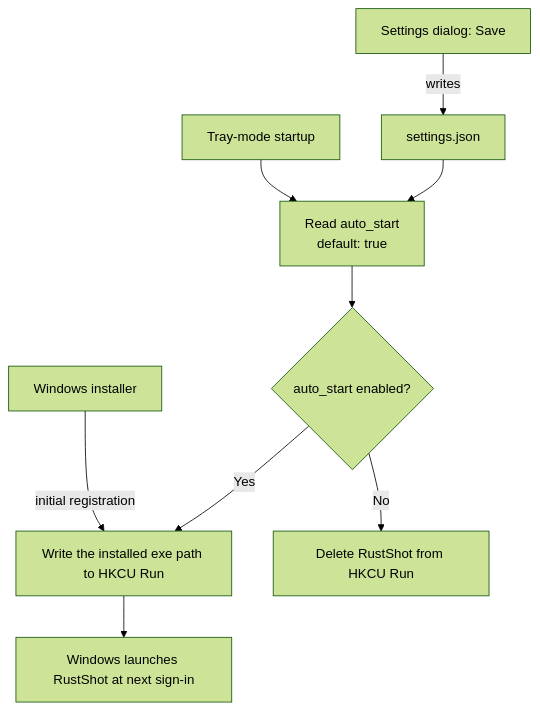
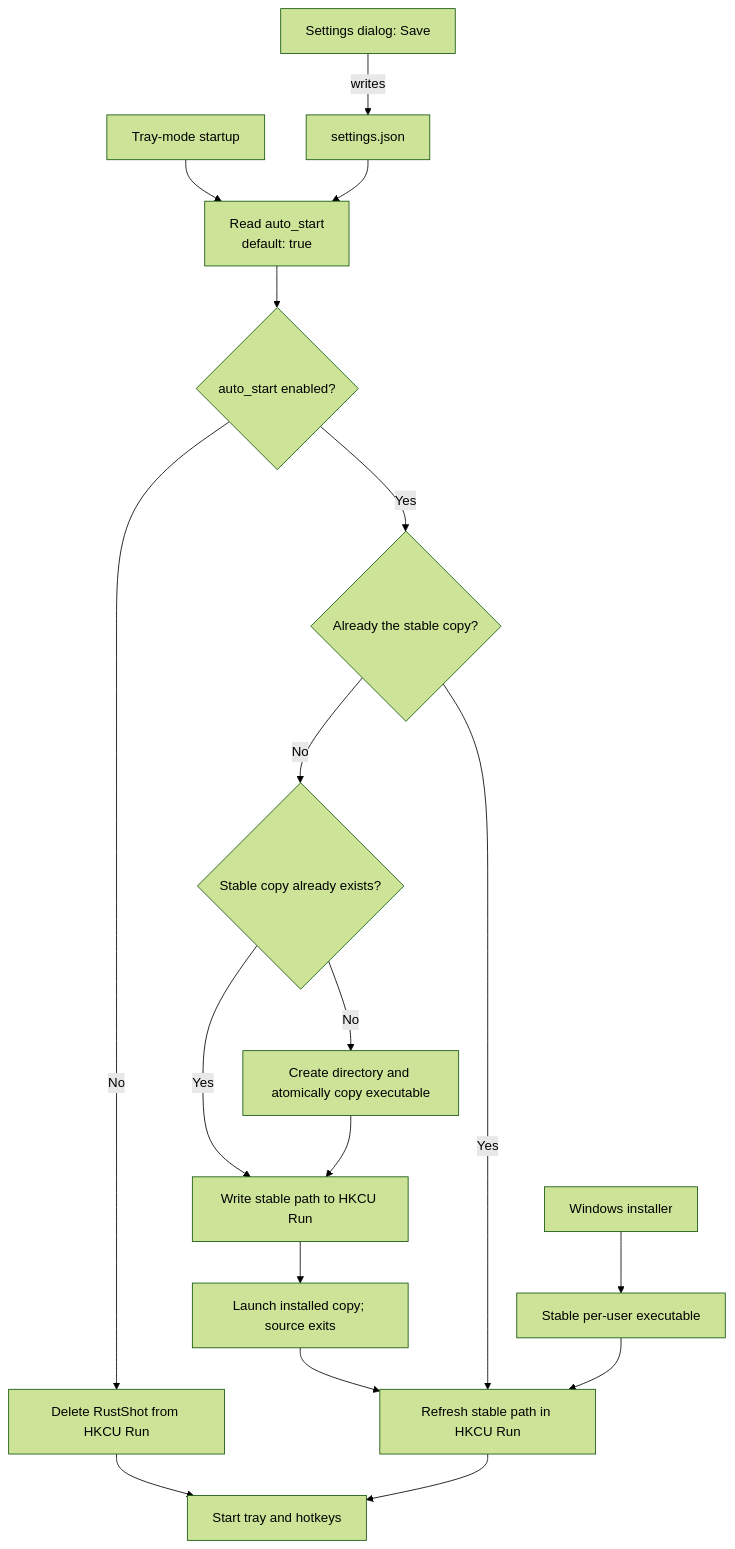
One commit to stden/RustShot changed the first of 3 diagrams in docs/TUTORIAL.md. Above: the diagram before and after it, drawn with Mermaid (forest theme). The commit also changed other lines of this file and 19 other files, not shown here.

Commit message:
[+] Add stable Windows startup installation

````diff
--- a/docs/TUTORIAL.md
+++ b/docs/TUTORIAL.md
@@ -129,11 +130,20 @@
 ```mermaid
 flowchart TD
-    Installer["Windows installer"] -->|initial registration| Write["Write the installed exe path to HKCU Run"]
+    Installer["Windows installer"] --> Installed["Stable per-user executable"]
     Dialog["Settings dialog: Save"] -->|writes| Config["settings.json"]
     Startup["Tray-mode startup"] --> Read["Read auto_start<br/>default: true"]
     Config --> Read
     Read --> Enabled{"auto_start enabled?"}
-    Enabled -->|Yes| Write
+    Enabled -->|Yes| AtTarget{"Already the stable copy?"}
     Enabled -->|No| Delete["Delete RustShot from HKCU Run"]
-    Write --> Login["Windows launches RustShot at next sign-in"]
+    Delete --> Tray
+    AtTarget -->|No| Exists{"Stable copy already exists?"}
+    Exists -->|No| Install["Create directory and atomically copy executable"]
+    Exists -->|Yes| Write
+    Install --> Write["Write stable path to HKCU Run"]
+    Write --> Relaunch["Launch installed copy; source exits"]
+    Relaunch --> Refresh
+    AtTarget -->|Yes| Refresh["Refresh stable path in HKCU Run"]
+    Installed --> Refresh
+    Refresh --> Tray["Start tray and hotkeys"]
 ```
````
